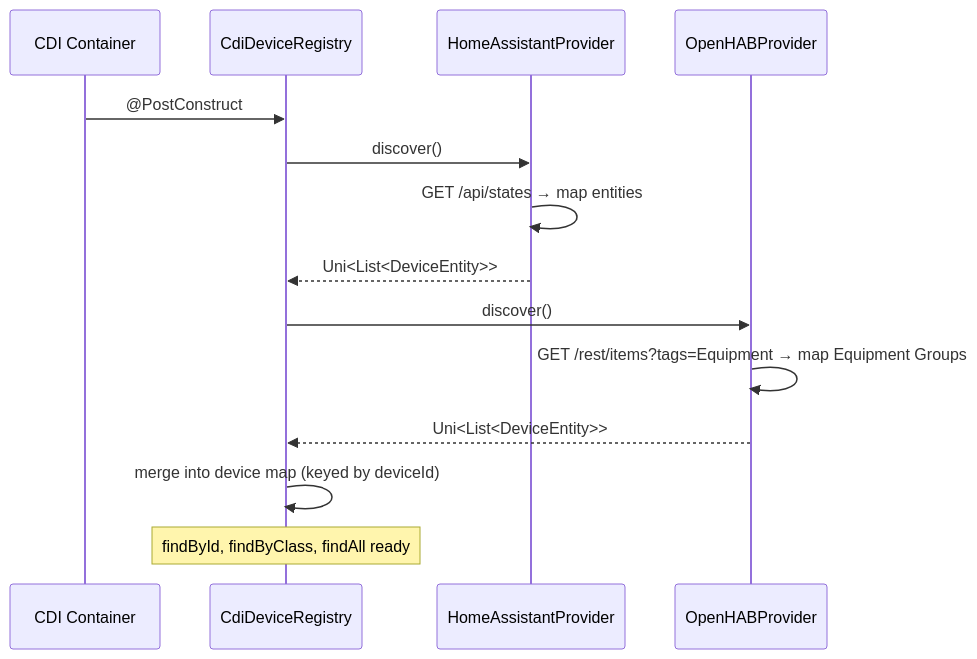
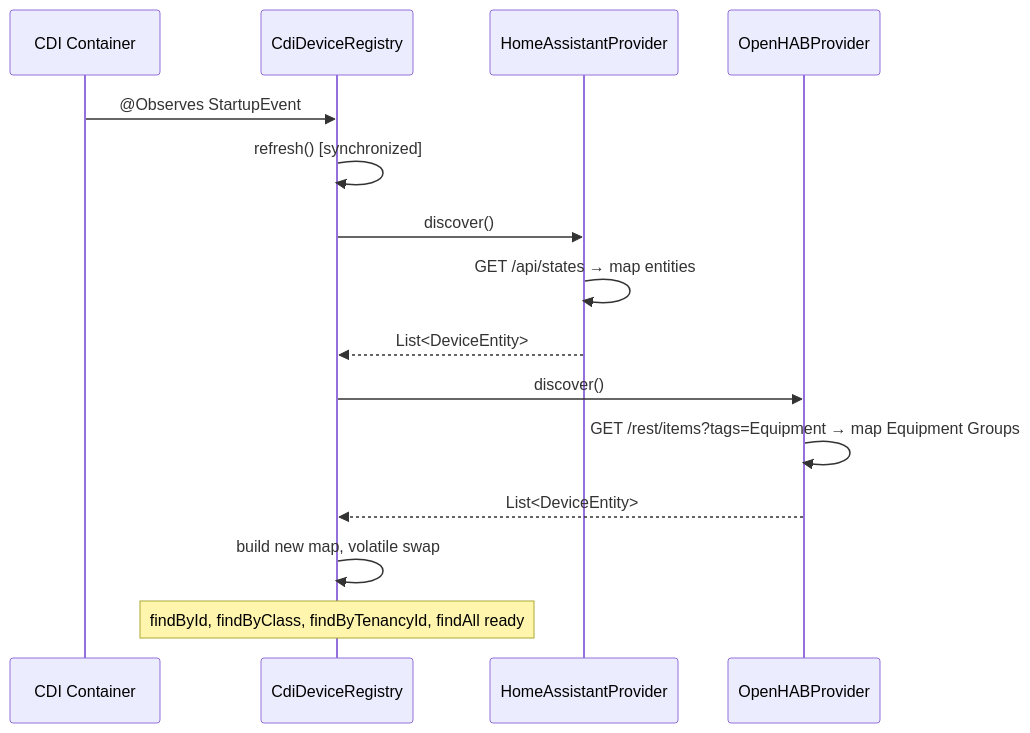
One commit to casehubio/iot changed the fifth of 8 diagrams in ARC42STORIES.MD. Above: the diagram before and after it, drawn with Mermaid. The commit also changed other lines of this file and 35 other files, not shown here.

````diff
--- a/ARC42STORIES.MD
+++ b/ARC42STORIES.MD
@@ -280,17 +280,18 @@
 ```mermaid
 sequenceDiagram
   participant CDI as CDI Container
   participant Reg as CdiDeviceRegistry
   participant HA as HomeAssistantProvider
   participant OH as OpenHABProvider
 
-  CDI->>Reg: @PostConstruct
+  CDI->>Reg: @Observes StartupEvent
+  Reg->>Reg: refresh() [synchronized]
   Reg->>HA: discover()
   HA->>HA: GET /api/states → map entities
-  HA-->>Reg: Uni<List<DeviceEntity>>
+  HA-->>Reg: List<DeviceEntity>
   Reg->>OH: discover()
   OH->>OH: GET /rest/items?tags=Equipment → map Equipment Groups
-  OH-->>Reg: Uni<List<DeviceEntity>>
-  Reg->>Reg: merge into device map (keyed by deviceId)
-  Note over Reg: findById, findByClass, findAll ready
+  OH-->>Reg: List<DeviceEntity>
+  Reg->>Reg: build new map, volatile swap
+  Note over Reg: findById, findByClass, findByTenancyId, findAll ready
 ```
````
